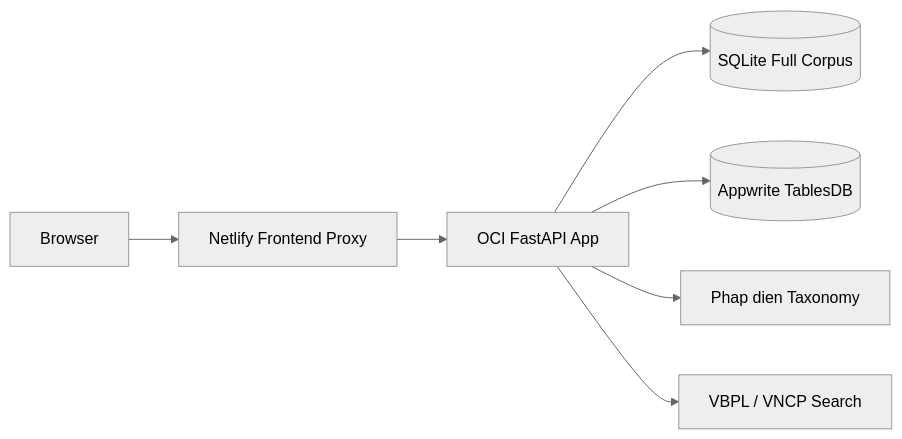
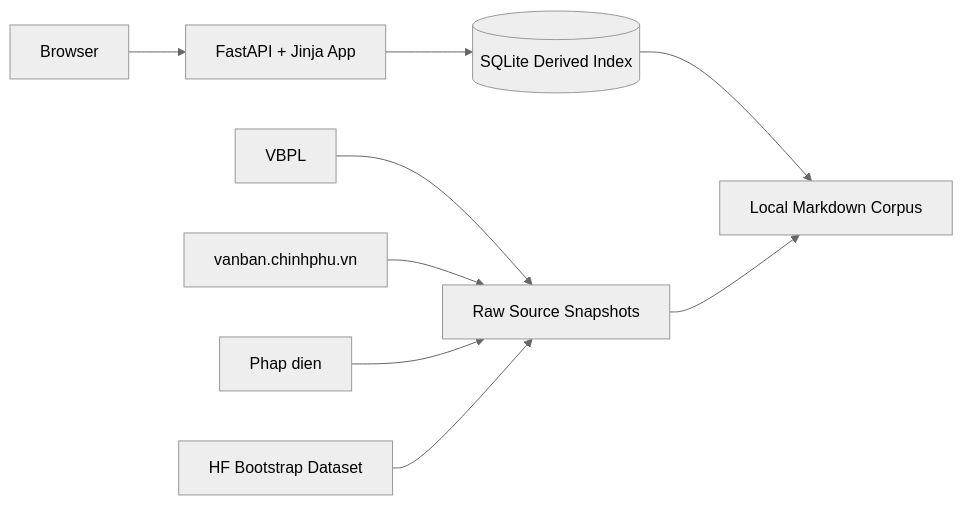
One commit to Kohnnn/V-Legal changed the diagram in README.md. Above: the diagram before and after it, drawn with Mermaid (neutral theme). The commit also changed other lines of this file and 80 other files, not shown here.

First line of the commit message:
feat: markdown-first corpus pipeline, OCR/VNCP/Phap dien ingest, and security hardening

````diff
--- a/README.md
+++ b/README.md
@@ -38,9 +35,11 @@
 ```mermaid
 flowchart LR
-    U[Browser] --> N[Netlify Frontend Proxy]
-    N --> O[OCI FastAPI App]
-    O --> S[(SQLite Full Corpus)]
-    O --> A[(Appwrite TablesDB)]
-    O --> P[Phap dien Taxonomy]
-    O --> V[VBPL / VNCP Search]
+    U[Browser] --> A[FastAPI + Jinja App]
+    A --> S[(SQLite Derived Index)]
+    S --> M[Local Markdown Corpus]
+    V[VBPL] --> R[Raw Source Snapshots]
+    C[vanban.chinhphu.vn] --> R
+    P[Phap dien] --> R
+    H[HF Bootstrap Dataset] --> R
+    R --> M
 ```
````
